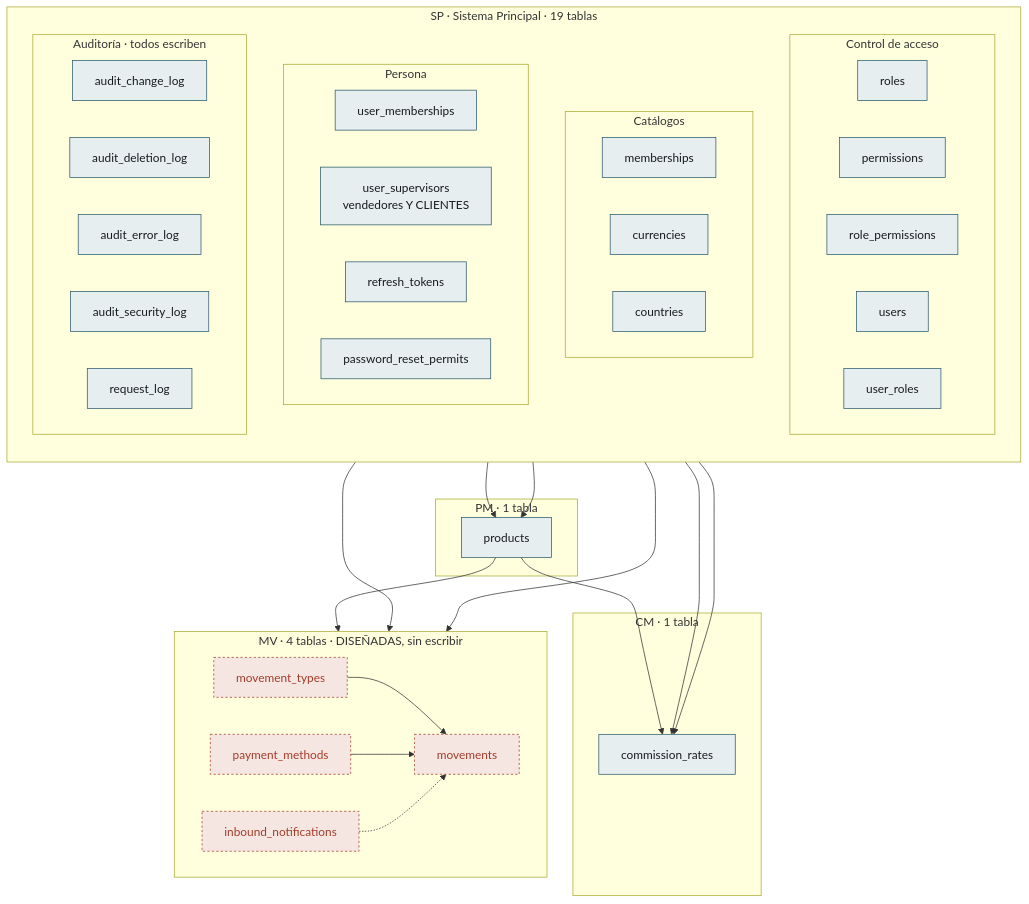
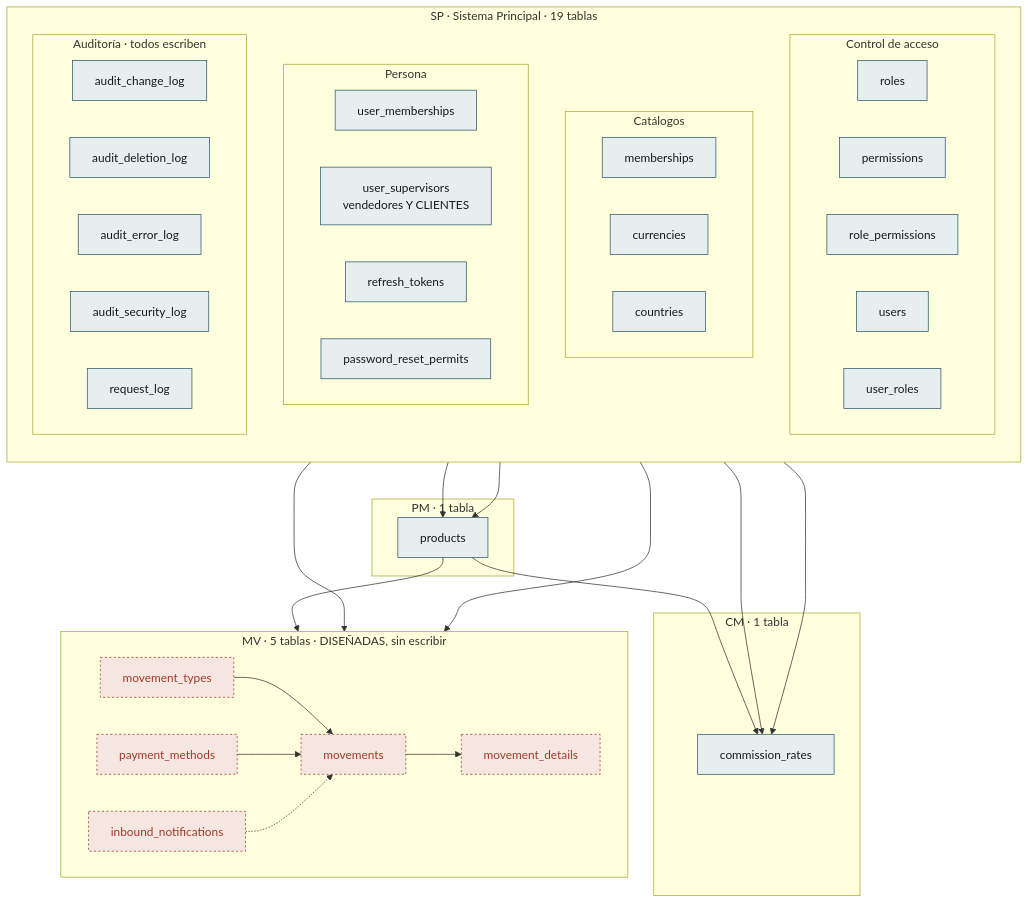
Before and after one commit to NexusPro-Dev/backend: the fifth of 5 diagrams in docs/modelo-datos.md, drawn with Mermaid. The commit also changed other lines of this file and 2 other files, not shown here.

First line of the commit message:
docs(mv): una compra puede llevar varios productos — nace movement_details

````diff
--- a/docs/modelo-datos.md
+++ b/docs/modelo-datos.md
@@ -425,68 +427,70 @@
 ```mermaid
 flowchart TB
     subgraph SP["SP · Sistema Principal · 19 tablas"]
         direction TB
         subgraph ACC["Control de acceso"]
             direction LR
             A1["roles"]
             A2["permissions"]
             A3["role_permissions"]
             C1["users"]
             C2["user_roles"]
         end
         subgraph CAT["Catálogos"]
             direction LR
             A4["memberships"]
             A5["currencies"]
             A6["countries"]
         end
         subgraph PER["Persona"]
             direction LR
             C6["user_memberships"]
             C4["user_supervisors<br/>vendedores Y CLIENTES"]
             C3["refresh_tokens"]
             C5["password_reset_permits"]
         end
         subgraph AUD["Auditoría · todos escriben"]
             direction LR
             B1["audit_change_log"]
             B2["audit_deletion_log"]
             B3["audit_error_log"]
             B4["audit_security_log"]
             OBS["request_log"]
         end
     end
 
     subgraph PM["PM · 1 tabla"]
         P1["products"]
     end
 
     subgraph CM["CM · 1 tabla"]
         M1["commission_rates"]
     end
 
-    subgraph MV["MV · 4 tablas · DISEÑADAS, sin escribir"]
+    subgraph MV["MV · 5 tablas · DISEÑADAS, sin escribir"]
         direction LR
         V1["movement_types"]
         V2["movements"]
+        V5["movement_details"]
         V3["payment_methods"]
         V4["inbound_notifications"]
     end
 
     A4 --> P1
     A5 --> P1
     A1 --> M1
     P1 --> M1
     C1 --> M1
-    P1 --> V2
+    V2 --> V5
+    P1 --> V5
     C1 --> V2
     A5 --> V2
     V1 --> V2
     V3 --> V2
     V4 -.-> V2
 
     classDef escrita fill:#e7eef0,stroke:#2d5a6b,color:#151b1e
     classDef disenada fill:#f6e6e2,stroke:#a33b2a,stroke-dasharray:3 3,color:#a33b2a
     class A1,A2,A3,A4,A5,A6,B1,B2,B3,B4,C1,C2,C3,C4,C5,C6,OBS,P1,M1 escrita
-    class V1,V2,V3,V4 disenada
+    class V1,V2,V3,V4,V5 disenada
 ```
````
